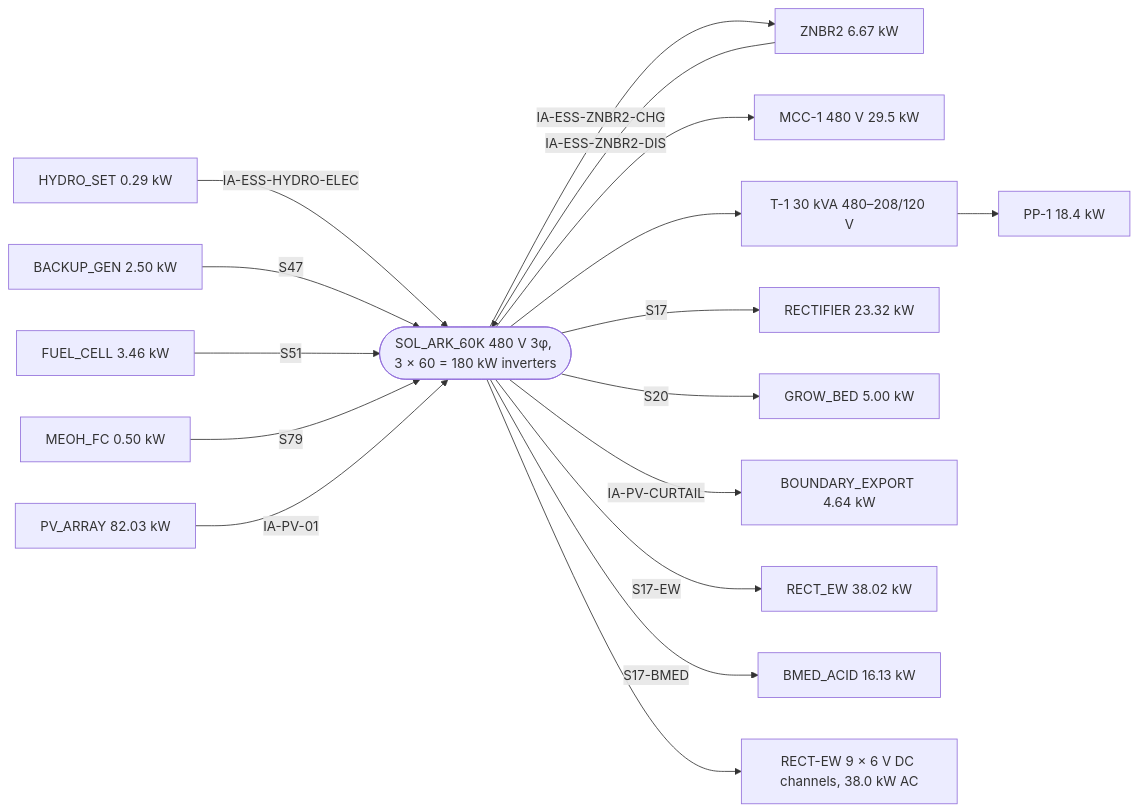
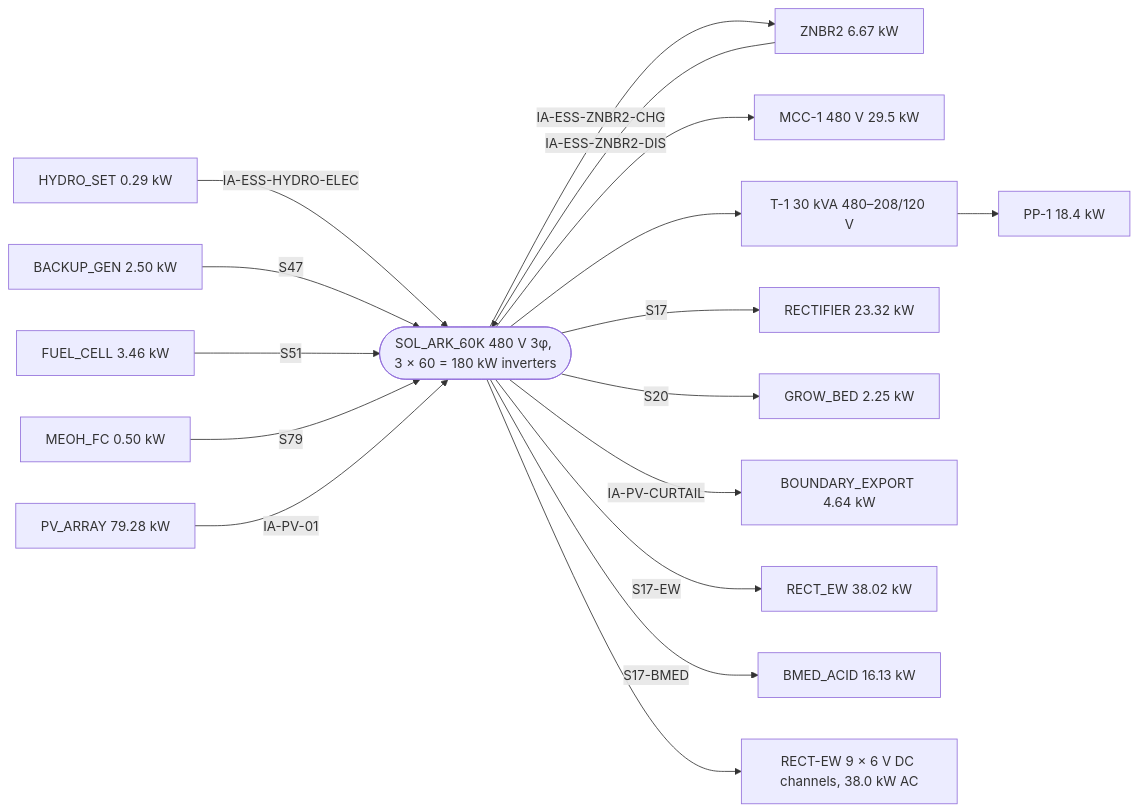
Before and after one commit to egofree/Aqueous_Solutions: the diagram in docs-authority/ONE_LINE.md, drawn with Mermaid. The commit also changed other lines of this file and 14 other files, not shown here.

Commit message:
Add the AQS-PLAN-010 resize sweep: design capacities on FLOAT_SINK and the oil line; book GROW_BED and UPW loads.

````diff
--- a/docs-authority/ONE_LINE.md
+++ b/docs-authority/ONE_LINE.md
@@ -13,20 +13,20 @@
 ```mermaid
 flowchart LR
 
   HYDRO_SET["HYDRO_SET 0.29 kW"] -->|IA-ESS-HYDRO-ELEC| BUS
   ZNBR2["ZNBR2 5.00 kW"] -->|IA-ESS-ZNBR2-DIS| BUS
   BACKUP_GEN["BACKUP_GEN 2.50 kW"] -->|S47| BUS
   FUEL_CELL["FUEL_CELL 3.46 kW"] -->|S51| BUS
   MEOH_FC["MEOH_FC 0.50 kW"] -->|S79| BUS
-  PV_ARRAY["PV_ARRAY 82.03 kW"] -->|IA-PV-01| BUS
+  PV_ARRAY["PV_ARRAY 79.28 kW"] -->|IA-PV-01| BUS
   BUS(["SOL_ARK_60K 480 V 3φ, 3 × 60 = 180 kW inverters"])
   BUS --> MCC["MCC-1 480 V 29.5 kW"]
   BUS --> XF["T-1 30 kVA 480–208/120 V"] --> PP["PP-1 18.4 kW"]
   BUS -->|IA-ESS-ZNBR2-CHG| ZNBR2["ZNBR2 6.67 kW"]
   BUS -->|S17| RECTIFIER["RECTIFIER 23.32 kW"]
-  BUS -->|S20| GROW_BED["GROW_BED 5.00 kW"]
+  BUS -->|S20| GROW_BED["GROW_BED 2.25 kW"]
   BUS -->|IA-PV-CURTAIL| BOUNDARY_EXPORT["BOUNDARY_EXPORT 4.64 kW"]
   BUS -->|S17-EW| RECT_EW["RECT_EW 38.02 kW"]
   BUS -->|S17-BMED| BMED_ACID["BMED_ACID 16.13 kW"]
   BUS --> RECTEW["RECT-EW 9 × 6 V DC channels, 38.0 kW AC"]
 ```
````
